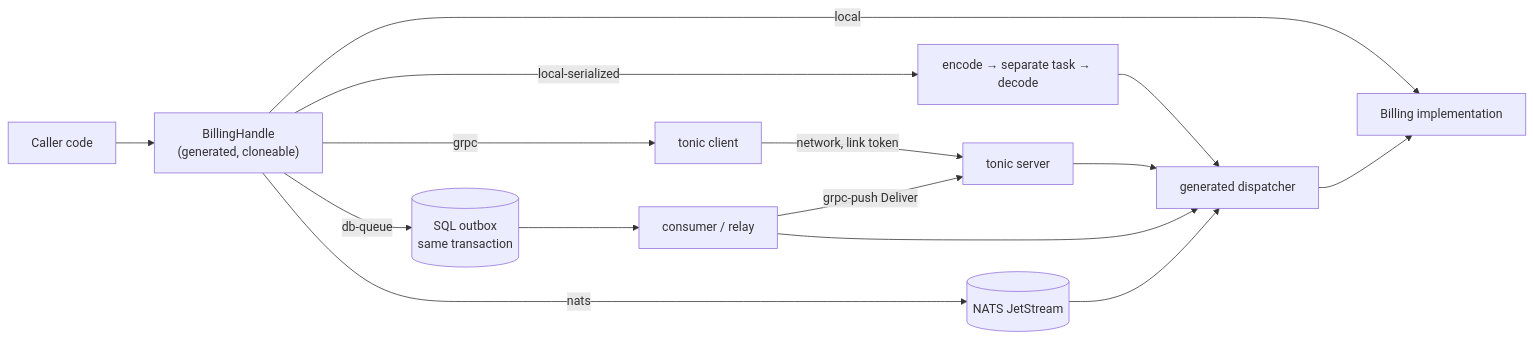
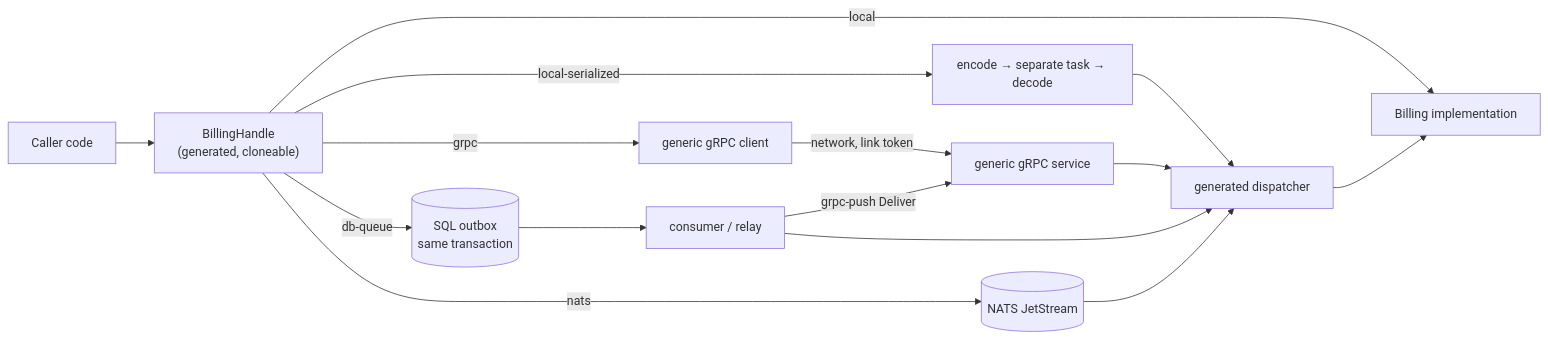
One commit to westito/sekvent-api changed the diagram in docs/component-model.md. Above: the diagram before and after it, drawn with Mermaid. The commit also changed other lines of this file and 164 other files, not shown here.

First line of the commit message:
C2: gRPC component binding, link auth, remote resilience, proto-first contracts

````diff
--- a/docs/component-model.md
+++ b/docs/component-model.md
@@ -31,17 +36,17 @@
 ```mermaid
 flowchart LR
     caller["Caller code"] --> handle["BillingHandle<br/>(generated, cloneable)"]
     handle -->|local| impl["Billing implementation"]
     handle -->|local-serialized| codec["encode → separate task → decode"]
     codec --> dispatch
-    handle -->|grpc| client["tonic client"]
-    client -->|network, link token| server["tonic server"]
+    handle -->|grpc| client["generic gRPC client"]
+    client -->|network, link token| server["generic gRPC service"]
     server --> dispatch
     handle -->|db-queue| outbox[("SQL outbox<br/>same transaction")]
     outbox --> consumer["consumer / relay"]
     consumer -->|grpc-push Deliver| server
     consumer --> dispatch
     handle -->|nats| js[("NATS JetStream")]
     js --> dispatch
     dispatch["generated dispatcher"] --> impl
 ```
````
